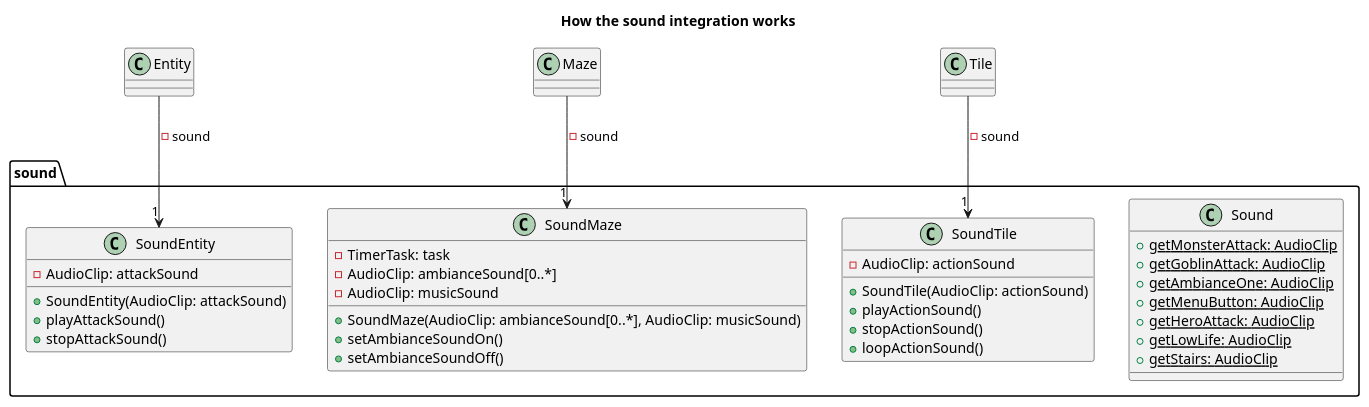
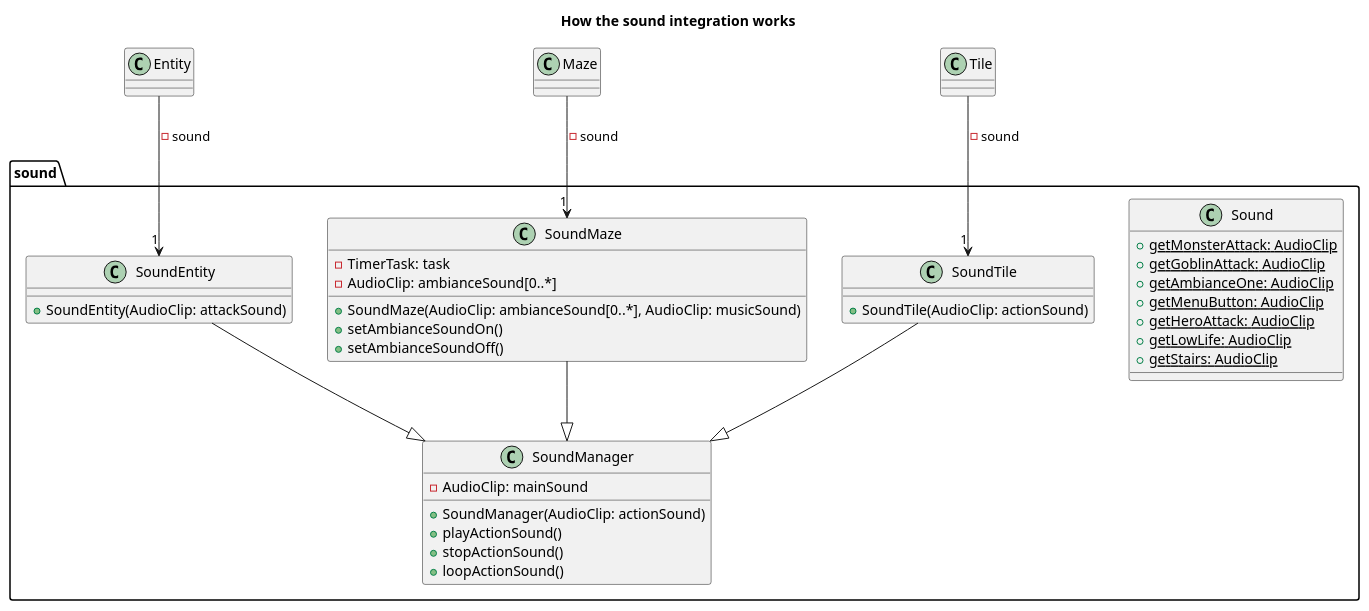
One commit to Reynault/ACL_2019_Zelpop changed the diagram in doc/4_sprint/diagrams/puml/class/sound.puml. Above: the diagram before and after it, drawn with PlantUML.

Commit message:
Third sprint: modifying sound conception

```diff
--- a/doc/4_sprint/diagrams/puml/class/sound.puml
+++ b/doc/4_sprint/diagrams/puml/class/sound.puml
@@ -1,63 +1,66 @@
 @startuml
 
 title How the sound integration works
 
 package sound{
 
     class Sound{
         + {static} getMonsterAttack: AudioClip
         + {static} getGoblinAttack: AudioClip
         + {static} getAmbianceOne: AudioClip
         + {static} getMenuButton: AudioClip
         + {static} getHeroAttack: AudioClip
         + {static} getLowLife: AudioClip
         + {static} getStairs: AudioClip
     }
 
     class SoundEntity{
-        - AudioClip: attackSound
-
         + SoundEntity(AudioClip: attackSound)
-        + playAttackSound()
-        + stopAttackSound()
     }
 
 
     class SoundTile{
-        - AudioClip: actionSound
-
         + SoundTile(AudioClip: actionSound)
-        + playActionSound()
-        + stopActionSound()
-        + loopActionSound()
     }
 
     class SoundMaze{
         - TimerTask: task
         - AudioClip: ambianceSound[0..*]
-        - AudioClip: musicSound
 
         + SoundMaze(AudioClip: ambianceSound[0..*], AudioClip: musicSound)
         + setAmbianceSoundOn()
         + setAmbianceSoundOff()
+    }
+
+    class SoundManager{
+        - AudioClip: mainSound
+
+        + SoundManager(AudioClip: actionSound)
+        + playActionSound()
+        + stopActionSound()
+        + loopActionSound()
     }
 }
 
 
 class Entity{
 
 }
 
 class Maze{
 
 }
 
 class Tile{
 
 }
 
 Entity --> "1" SoundEntity: -sound
 Tile --> "1" SoundTile: -sound
 Maze --> "1" SoundMaze: -sound
 
+SoundEntity --|> SoundManager
+SoundMaze --|> SoundManager
+SoundTile --|> SoundManager
+
 @enduml
```
